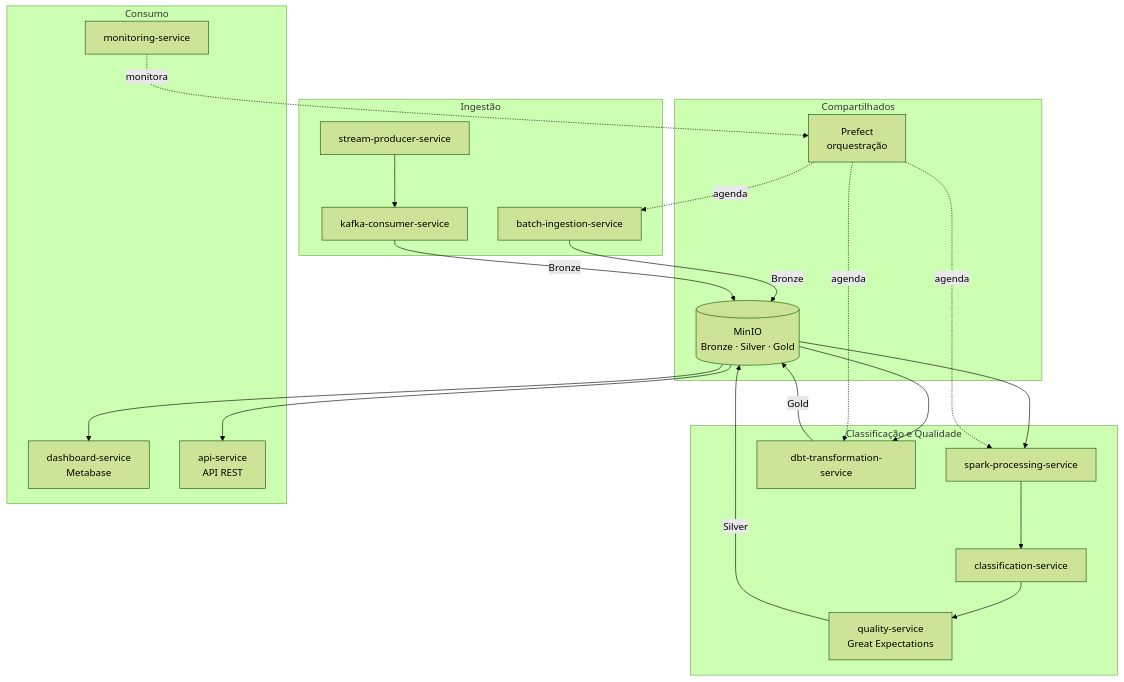
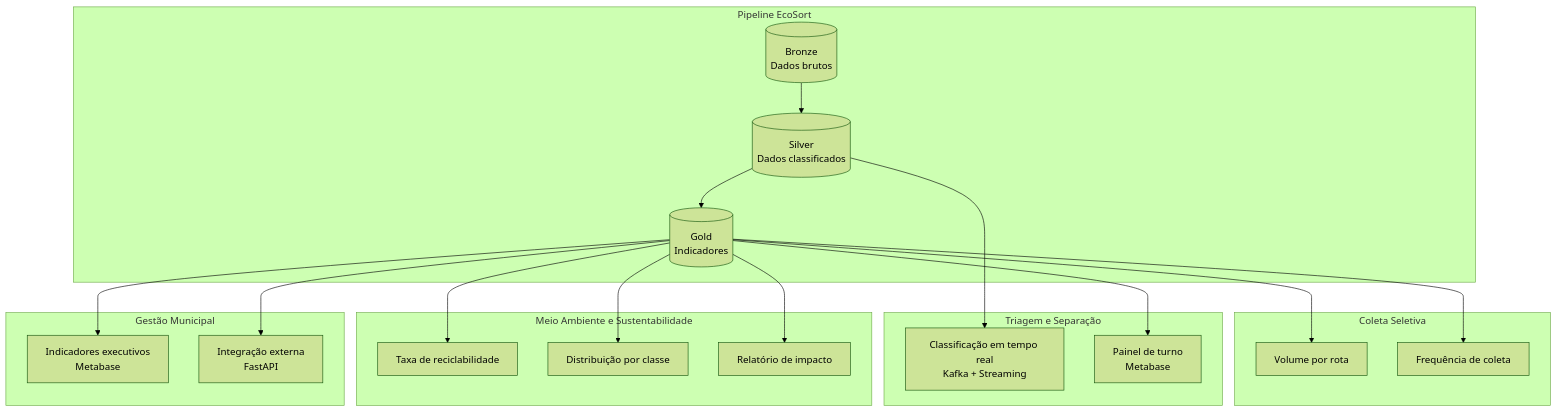
One commit to leonardoamaral90/uniceub_ecosort_eng216 changed the first of 2 diagrams in docs/03-dominios.md. Above: the diagram before and after it, drawn with Mermaid (forest theme). The commit also changed other lines of this file, not shown here.

````diff
--- a/docs/03-dominios.md
+++ b/docs/03-dominios.md
@@ -57,42 +103,40 @@
 ```mermaid
 graph TD
-    subgraph Ingestão
-        A1[batch-ingestion-service]
-        A2[stream-producer-service]
-        A3[kafka-consumer-service]
+    subgraph Coleta Seletiva
+        CS1[Volume por rota]
+        CS2[Frequência de coleta]
     end
 
-    subgraph Classificação e Qualidade
-        B1[spark-processing-service]
-        B2[classification-service]
-        B3[quality-service\nGreat Expectations]
-        B4[dbt-transformation-service]
+    subgraph Triagem e Separação
+        TS1[Classificação em tempo real\nKafka + Streaming]
+        TS2[Painel de turno\nMetabase]
     end
 
-    subgraph Consumo
-        C1[dashboard-service\nMetabase]
-        C2[api-service\nAPI REST]
-        C3[monitoring-service]
+    subgraph Meio Ambiente e Sustentabilidade
+        MA1[Taxa de reciclabilidade]
+        MA2[Distribuição por classe]
+        MA3[Relatório de impacto]
     end
 
-    subgraph Compartilhados
-        S1[(MinIO\nBronze · Silver · Gold)]
-        S2[Prefect\norquestração]
+    subgraph Gestão Municipal
+        GM1[Indicadores executivos\nMetabase]
+        GM2[Integração externa\nFastAPI]
     end
 
-    A1 -->|Bronze| S1
-    A2 --> A3
-    A3 -->|Bronze| S1
-    S1 --> B1
-    B1 --> B2
-    B2 --> B3
-    B3 -->|Silver| S1
-    S1 --> B4
-    B4 -->|Gold| S1
-    S1 --> C1
-    S1 --> C2
-    S2 -.->|agenda| A1
-    S2 -.->|agenda| B1
-    S2 -.->|agenda| B4
-    C3 -.->|monitora| S2
+    subgraph Pipeline EcoSort
+        P1[(Bronze\nDados brutos)]
+        P2[(Silver\nDados classificados)]
+        P3[(Gold\nIndicadores)]
+    end
+
+    P1 --> P2 --> P3
+    P3 --> CS1
+    P3 --> CS2
+    P2 --> TS1
+    P3 --> TS2
+    P3 --> MA1
+    P3 --> MA2
+    P3 --> MA3
+    P3 --> GM1
+    P3 --> GM2
 ```
````
